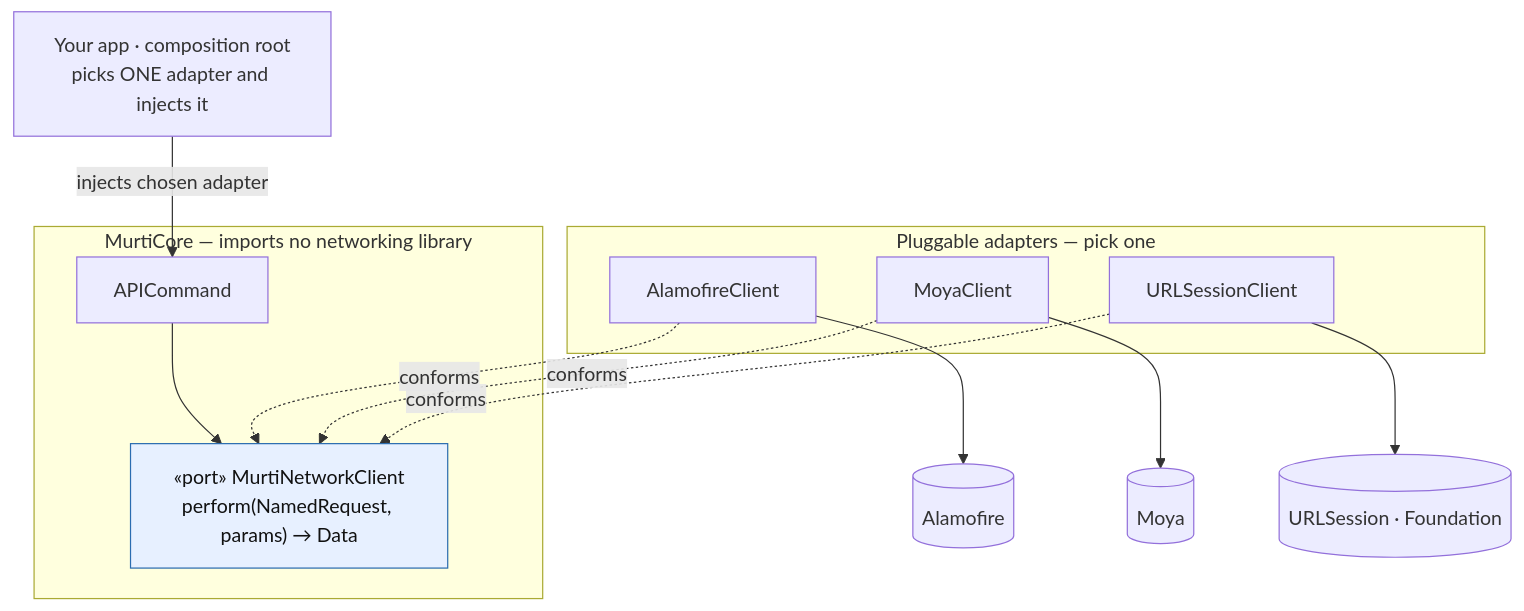
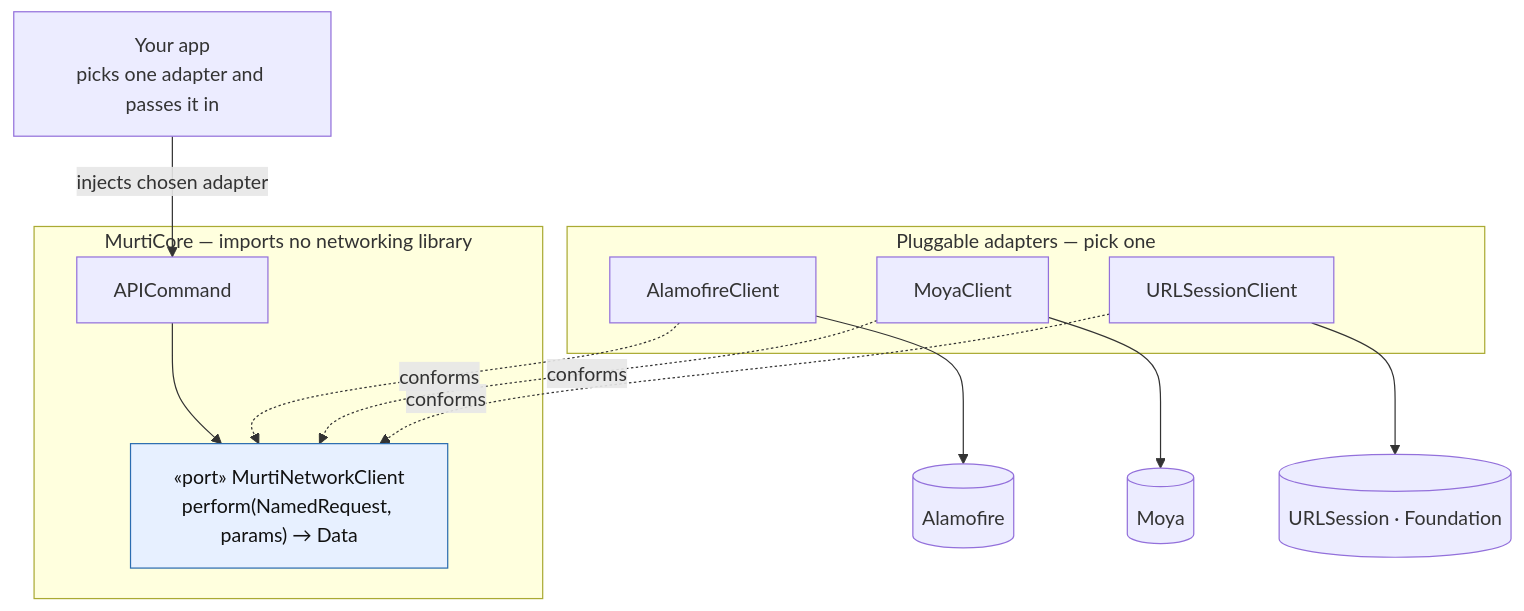
Before and after one commit to iQbalADR/murti: the diagram in docs/networking.md, drawn with Mermaid. The commit also changed other lines of this file and 8 other files, not shown here.

````diff
--- a/docs/networking.md
+++ b/docs/networking.md
@@ -25,29 +25,29 @@
 ```mermaid
 flowchart TB
-    App["Your app · composition root<br/>picks ONE adapter and injects it"]
+    App["Your app<br/>picks one adapter and passes it in"]
 
     subgraph core["MurtiCore — imports no networking library"]
         CMD["APICommand"]
         PORT["«port» MurtiNetworkClient<br/>perform(NamedRequest, params) → Data"]
         CMD --> PORT
     end
 
     subgraph plug["Pluggable adapters — pick one"]
         AF["AlamofireClient"]
         MOYA["MoyaClient"]
         URLS["URLSessionClient"]
     end
 
     AF -. conforms .-> PORT
     MOYA -. conforms .-> PORT
     URLS -. conforms .-> PORT
 
     AF --> L1[("Alamofire")]
     MOYA --> L2[("Moya")]
     URLS --> L3[("URLSession · Foundation")]
 
     App -->|injects chosen adapter| CMD
 
     classDef port fill:#e7f0ff,stroke:#2b6cb0,color:#111;
     class PORT port;
 ```
````
